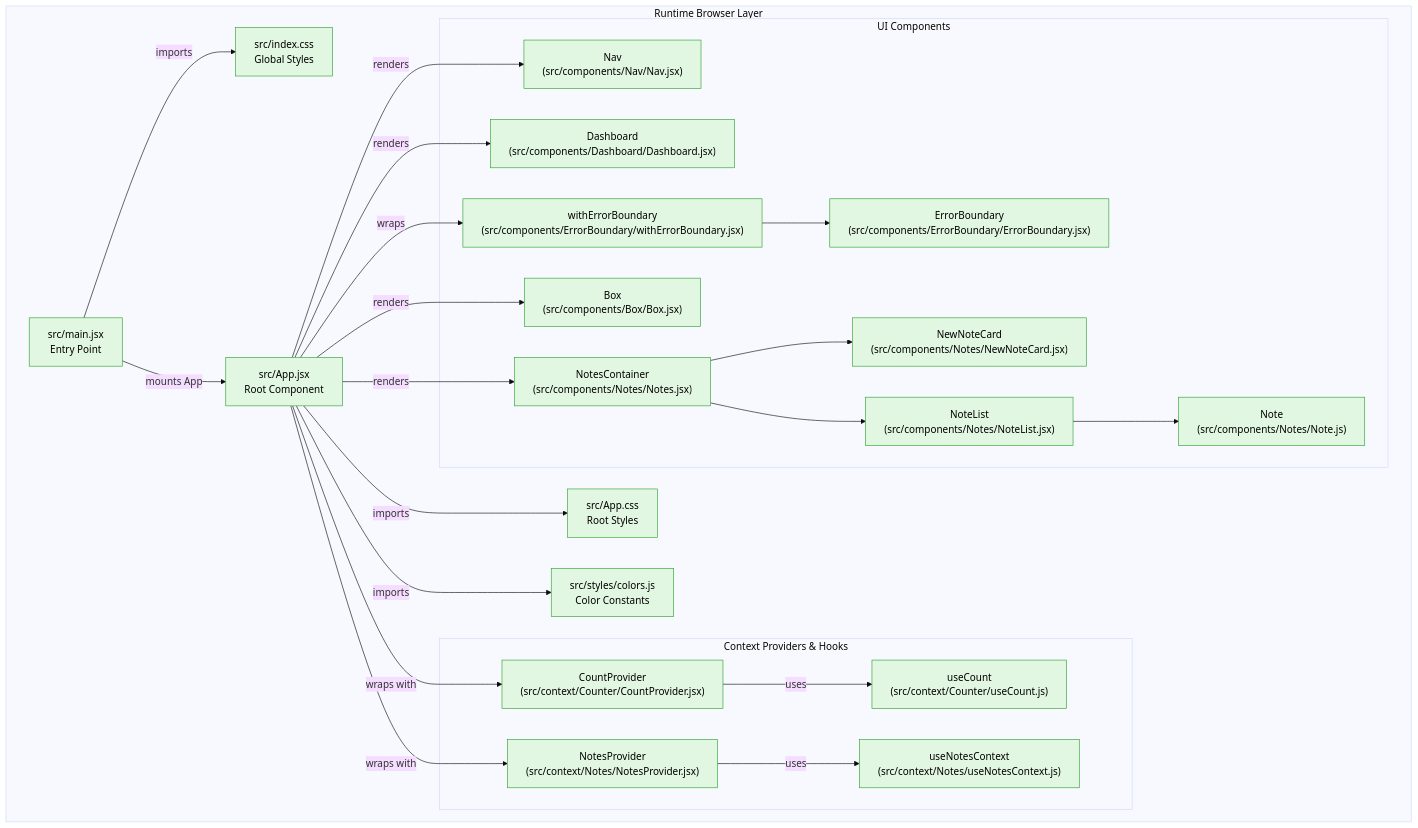
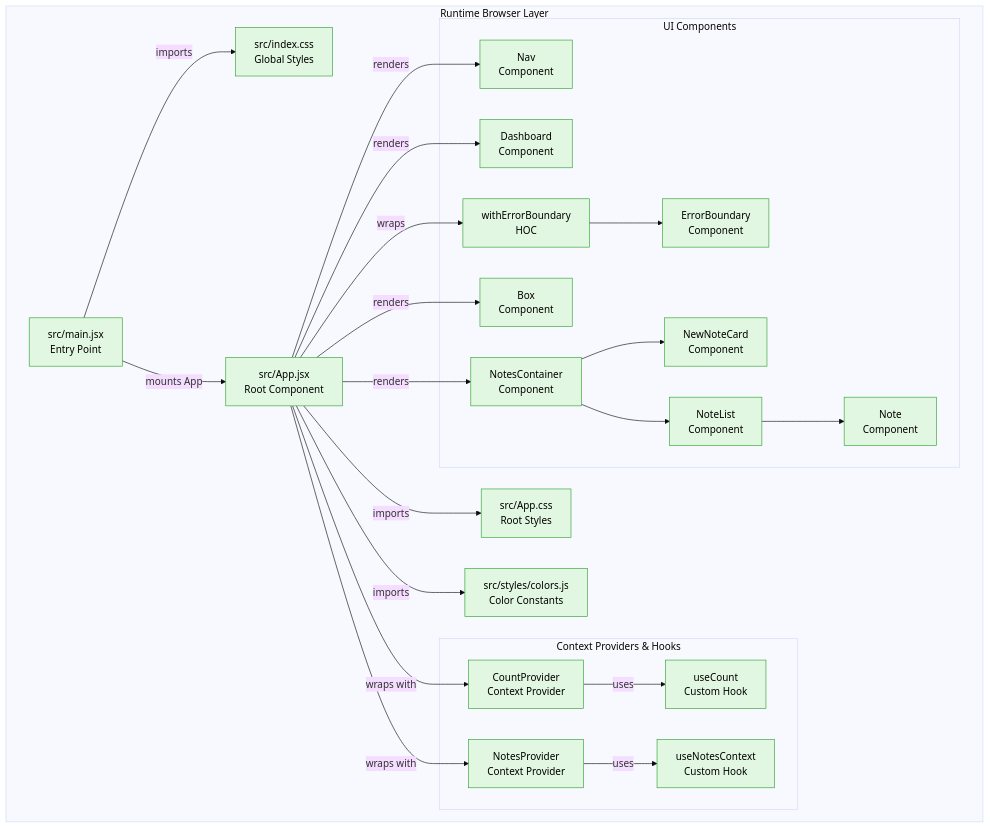
The diagram in README.md (BrunoGil-AS/react-demo-debug), drawn with Mermaid (base theme) before and after one commit.

Commit message:
Fixed: mermaid flowchart

````diff
--- a/README.md
+++ b/README.md
@@ -15,77 +15,78 @@
 ```mermaid
 flowchart TD
     %% Runtime Browser Layer
     subgraph "Runtime Browser Layer"
-        MAIN["src/main.jsx\nEntry Point"]:::runtime
-        INDEXCSS["src/index.css\nGlobal Styles"]:::runtime
-        APP["src/App.jsx\nRoot Component"]:::runtime
-        APPCSS["src/App.css\nRoot Styles"]:::runtime
-        COLORS["src/styles/colors.js\nColor Constants"]:::runtime
+        MAIN["src/main.jsx<br/>Entry Point"]:::runtime
+        INDEXCSS["src/index.css<br/>Global Styles"]:::runtime
+        APP["src/App.jsx<br/>Root Component"]:::runtime
+        APPCSS["src/App.css<br/>Root Styles"]:::runtime
+        COLORS["src/styles/colors.js<br/>Color Constants"]:::runtime
 
         subgraph "Context Providers & Hooks"
-            COUNTPROV["CountProvider\n(src/context/Counter/CountProvider.jsx)"]:::runtime
-            COUNTHOOK["useCount\n(src/context/Counter/useCount.js)"]:::runtime
-            NOTESPROV["NotesProvider\n(src/context/Notes/NotesProvider.jsx)"]:::runtime
-            NOTESHOOK["useNotesContext\n(src/context/Notes/useNotesContext.js)"]:::runtime
+            COUNTPROV["CountProvider<br/>Context Provider"]:::runtime
+            COUNTHOOK["useCount<br/>Custom Hook"]:::runtime
+            NOTESPROV["NotesProvider<br/>Context Provider"]:::runtime
+            NOTESHOOK["useNotesContext<br/>Custom Hook"]:::runtime
         end
 
         subgraph "UI Components"
-            NAV["Nav\n(src/components/Nav/Nav.jsx)"]:::runtime
-            DASH["Dashboard\n(src/components/Dashboard/Dashboard.jsx)"]:::runtime
-            NOTES["NotesContainer\n(src/components/Notes/Notes.jsx)"]:::runtime
-            NEWNOTE["NewNoteCard\n(src/components/Notes/NewNoteCard.jsx)"]:::runtime
-            NOTELIST["NoteList\n(src/components/Notes/NoteList.jsx)"]:::runtime
-            NOTE["Note\n(src/components/Notes/Note.js)"]:::runtime
-            BOX["Box\n(src/components/Box/Box.jsx)"]:::runtime
-            ERRWRAP["withErrorBoundary\n(src/components/ErrorBoundary/withErrorBoundary.jsx)"]:::runtime
-            ERRCOMP["ErrorBoundary\n(src/components/ErrorBoundary/ErrorBoundary.jsx)"]:::runtime
+            NAV["Nav<br/>Component"]:::runtime
+            DASH["Dashboard<br/>Component"]:::runtime
+            NOTES["NotesContainer<br/>Component"]:::runtime
+            NEWNOTE["NewNoteCard<br/>Component"]:::runtime
+            NOTELIST["NoteList<br/>Component"]:::runtime
+            NOTE["Note<br/>Component"]:::runtime
+            BOX["Box<br/>Component"]:::runtime
+            ERRWRAP["withErrorBoundary<br/>HOC"]:::runtime
+            ERRCOMP["ErrorBoundary<br/>Component"]:::runtime
         end
     end
 
     %% Connections
     MAIN -->|imports| INDEXCSS
     MAIN -->|mounts App| APP
 
     APP -->|imports| APPCSS
     APP -->|imports| COLORS
     APP -->|wraps with| COUNTPROV
     APP -->|wraps with| NOTESPROV
 
     COUNTPROV -->|uses| COUNTHOOK
     NOTESPROV -->|uses| NOTESHOOK
 
     APP -->|renders| NAV
     APP -->|renders| DASH
     APP -->|renders| NOTES
     APP -->|renders| BOX
     APP -->|wraps| ERRWRAP
     ERRWRAP --> ERRCOMP
 
     NOTES --> NEWNOTE
     NOTES --> NOTELIST
     NOTELIST --> NOTE
 
-    %% Click Events
+    %% Click Events (still point to full paths for reference)
     click MAIN "https://github.com/brunogil-as/react-demo-debug/blob/master/src/main.jsx"
     click INDEXCSS "https://github.com/brunogil-as/react-demo-debug/blob/master/src/index.css"
     click APP "https://github.com/brunogil-as/react-demo-debug/blob/master/src/App.jsx"
     click APPCSS "https://github.com/brunogil-as/react-demo-debug/blob/master/src/App.css"
     click COLORS "https://github.com/brunogil-as/react-demo-debug/blob/master/src/styles/colors.js"
     click COUNTPROV "https://github.com/brunogil-as/react-demo-debug/blob/master/src/context/Counter/CountProvider.jsx"
     click COUNTHOOK "https://github.com/brunogil-as/react-demo-debug/blob/master/src/context/Counter/useCount.js"
     click NOTESPROV "https://github.com/brunogil-as/react-demo-debug/blob/master/src/context/Notes/NotesProvider.jsx"
     click NOTESHOOK "https://github.com/brunogil-as/react-demo-debug/blob/master/src/context/Notes/useNotesContext.js"
     click NAV "https://github.com/brunogil-as/react-demo-debug/blob/master/src/components/Nav/Nav.jsx"
     click DASH "https://github.com/brunogil-as/react-demo-debug/blob/master/src/components/Dashboard/Dashboard.jsx"
     click NOTES "https://github.com/brunogil-as/react-demo-debug/blob/master/src/components/Notes/Notes.jsx"
     click NEWNOTE "https://github.com/brunogil-as/react-demo-debug/blob/master/src/components/Notes/NewNoteCard.jsx"
     click NOTELIST "https://github.com/brunogil-as/react-demo-debug/blob/master/src/components/Notes/NoteList.jsx"
     click NOTE "https://github.com/brunogil-as/react-demo-debug/blob/master/src/components/Notes/Note.js"
     click BOX "https://github.com/brunogil-as/react-demo-debug/blob/master/src/components/Box/Box.jsx"
     click ERRWRAP "https://github.com/brunogil-as/react-demo-debug/blob/master/src/components/ErrorBoundary/withErrorBoundary.jsx"
     click ERRCOMP "https://github.com/brunogil-as/react-demo-debug/blob/master/src/components/ErrorBoundary/ErrorBoundary.jsx"
 
     %% Styles
     classDef runtime fill:#e2f7e1,stroke:#2ca02c,color:#000
 
+
 ```
````
